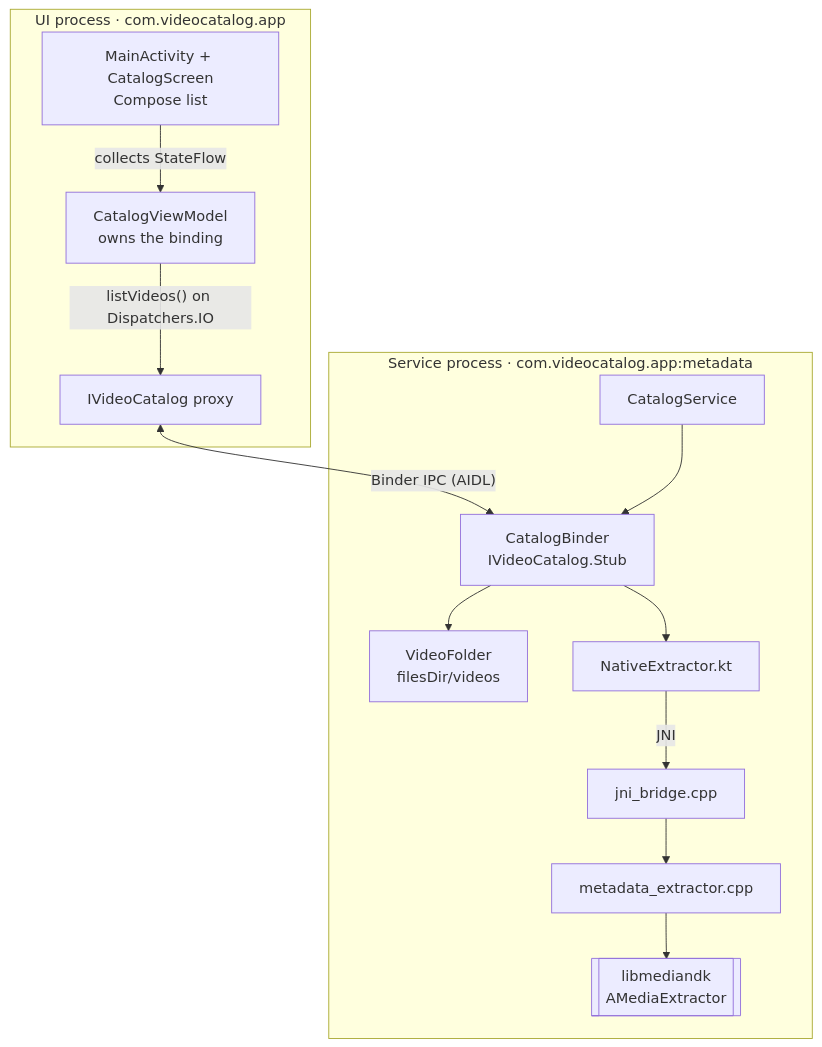
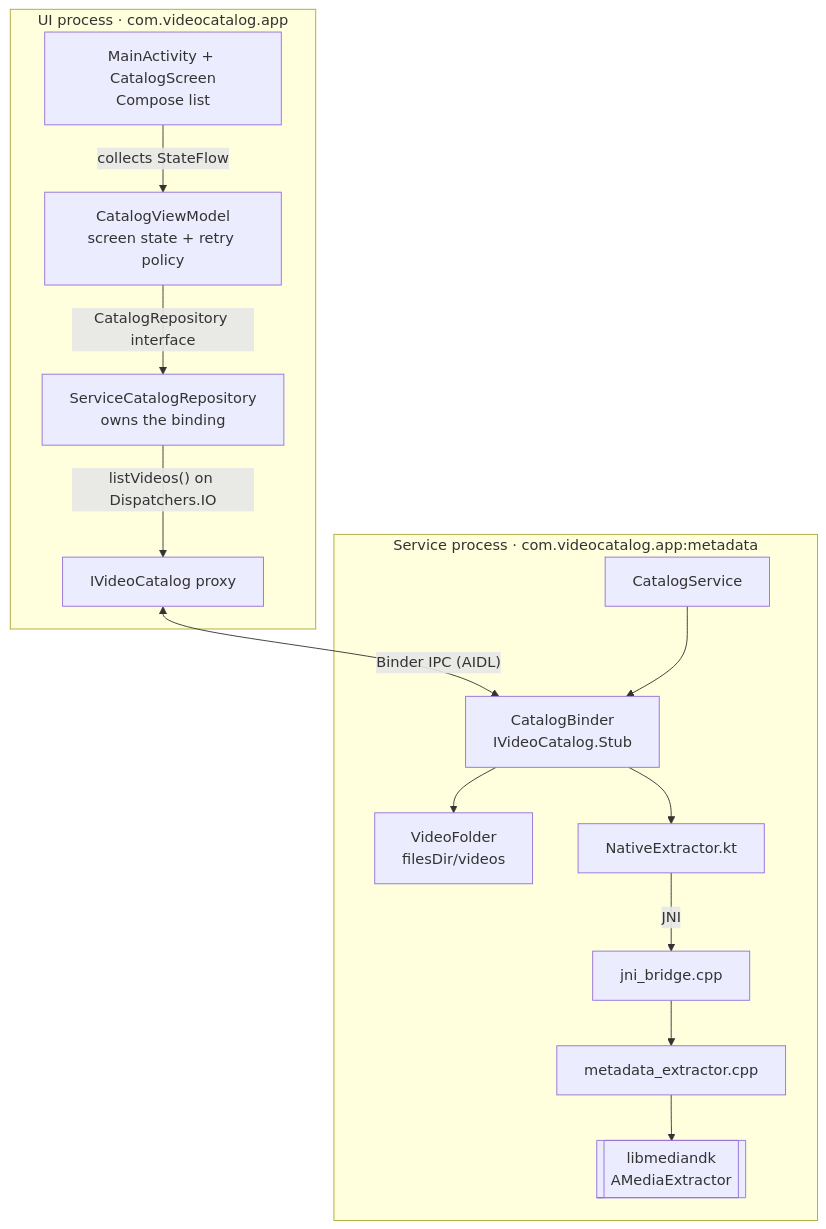
Before and after one commit to anaskhamees/video-metadata-catalog: the first of 2 diagrams in README.md, drawn with Mermaid. The commit also changed other lines of this file and 5 other files, not shown here.

````diff
--- a/README.md
+++ b/README.md
@@ -22,18 +22,19 @@
 ```mermaid
 flowchart TB
   subgraph P1["UI process · com.videocatalog.app"]
-    UI["MainActivity + CatalogScreen<br/>Compose list"] -->|"collects StateFlow"| VM["CatalogViewModel<br/>owns the binding"]
-    VM -->|"listVideos() on Dispatchers.IO"| PX["IVideoCatalog proxy"]
+    UI["MainActivity + CatalogScreen<br/>Compose list"] -->|"collects StateFlow"| VM["CatalogViewModel<br/>screen state + retry policy"]
+    VM -->|"CatalogRepository interface"| RP["ServiceCatalogRepository<br/>owns the binding"]
+    RP -->|"listVideos() on Dispatchers.IO"| PX["IVideoCatalog proxy"]
   end
 
   PX <-->|"Binder IPC (AIDL)"| ST
 
   subgraph P2["Service process · com.videocatalog.app:metadata"]
     SV["CatalogService"] --> ST["CatalogBinder<br/>IVideoCatalog.Stub"]
     ST --> VF["VideoFolder<br/>filesDir/videos"]
     ST --> NE["NativeExtractor.kt"]
     NE -->|"JNI"| JB["jni_bridge.cpp"]
     JB --> ME["metadata_extractor.cpp"]
     ME --> NDK[["libmediandk<br/>AMediaExtractor"]]
   end
 ```
````
